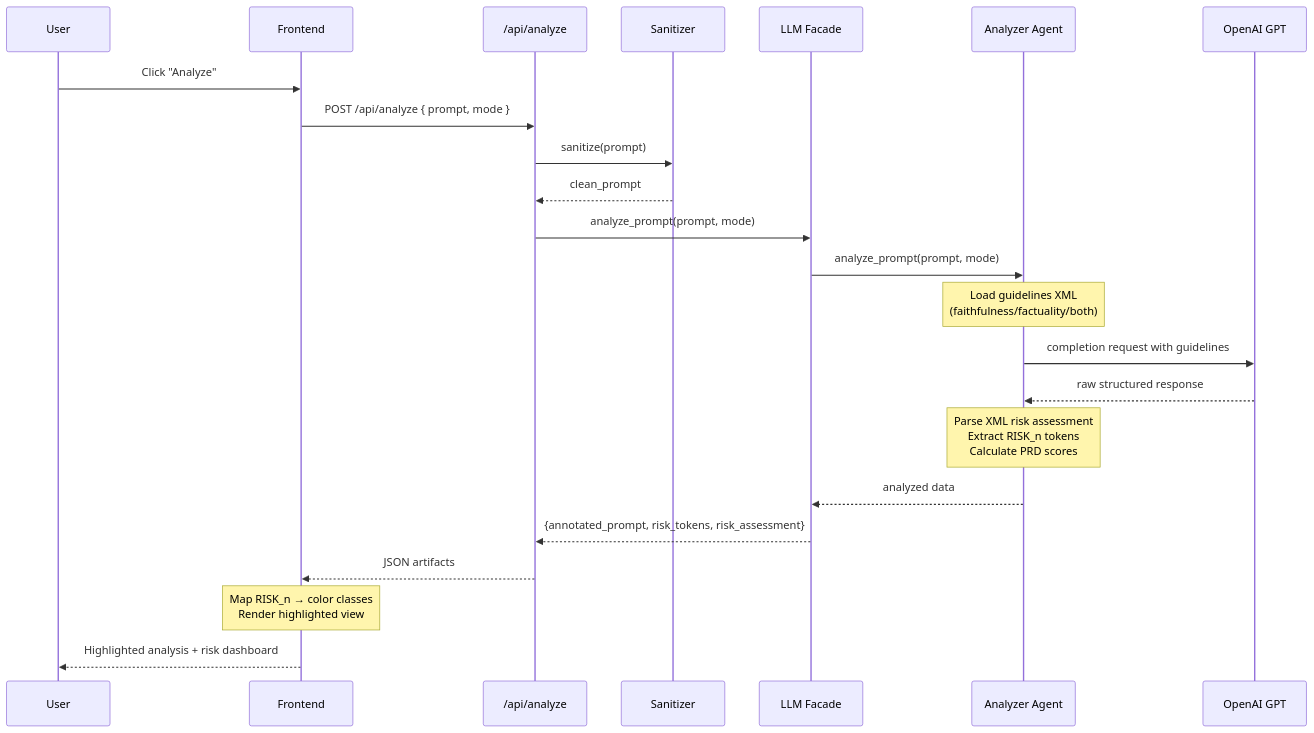
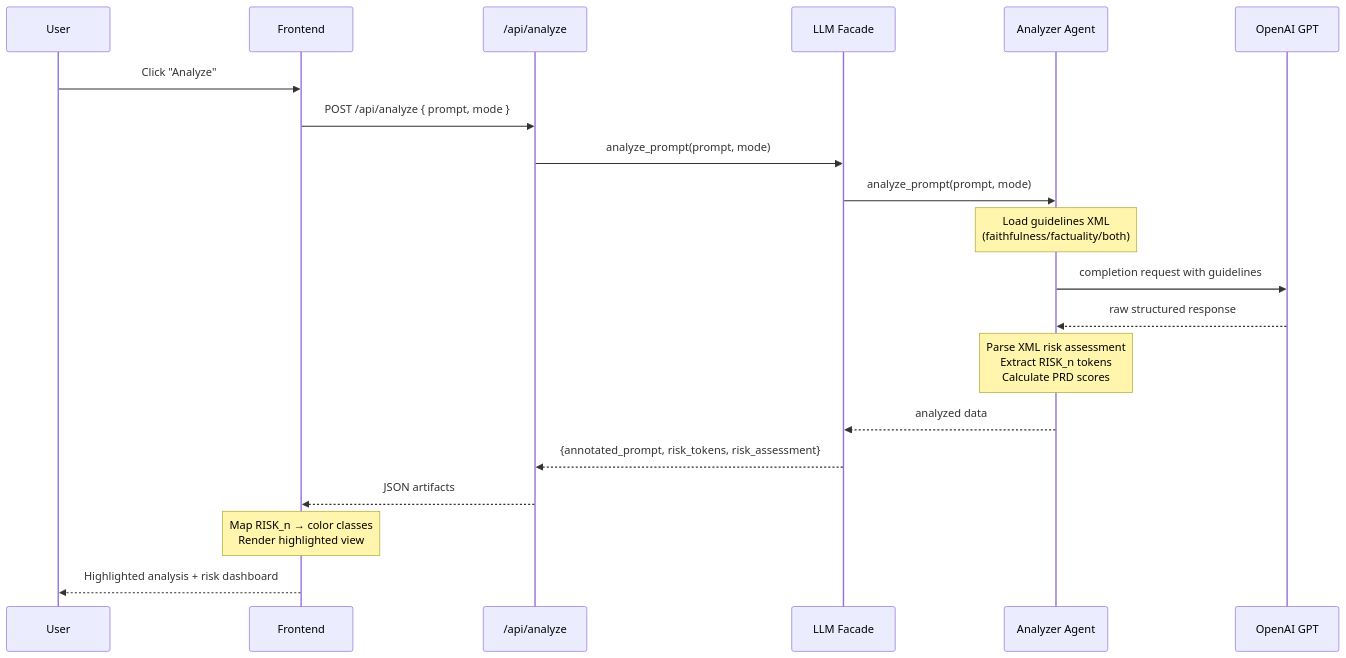
The second of 2 diagrams in docs/architecture.md (MoNejjar/echo-hallucination-detect), drawn with Mermaid before and after one commit. The commit also changed other lines of this file and 4 other files, not shown here.

First line of the commit message:
fix: remove non-existent Sanitizer from architecture diagrams and docs

````diff
--- a/docs/architecture.md
+++ b/docs/architecture.md
@@ -112,33 +111,30 @@
 ```mermaid
 %% (Inline copy – edit the .mmd source for changes.)
 sequenceDiagram
   participant U as User
   participant FE as Frontend
   participant Route as /api/analyze
-  participant SAN as Sanitizer
   participant Facade as LLM Facade
   participant Analyzer as Analyzer Agent
   participant MODEL as OpenAI GPT
 
   U->>FE: Click "Analyze"
   FE->>Route: POST /api/analyze { prompt, mode }
-  Route->>SAN: sanitize(prompt)
-  SAN-->>Route: clean_prompt
   Route->>Facade: analyze_prompt(prompt, mode)
   Facade->>Analyzer: analyze_prompt(prompt, mode)
   
   Note over Analyzer: Load guidelines XML<br/>(faithfulness/factuality/both)
   
   Analyzer->>MODEL: completion request with guidelines
   MODEL-->>Analyzer: raw structured response
   
   Note over Analyzer: Parse XML risk assessment<br/>Extract RISK_n tokens<br/>Calculate PRD scores
   
   Analyzer-->>Facade: analyzed data
   Facade-->>Route: {annotated_prompt, risk_tokens, risk_assessment}
   Route-->>FE: JSON artifacts
   
   Note over FE: Map RISK_n → color classes<br/>Render highlighted view
   
   FE-->>U: Highlighted analysis + risk dashboard
 ```
````
